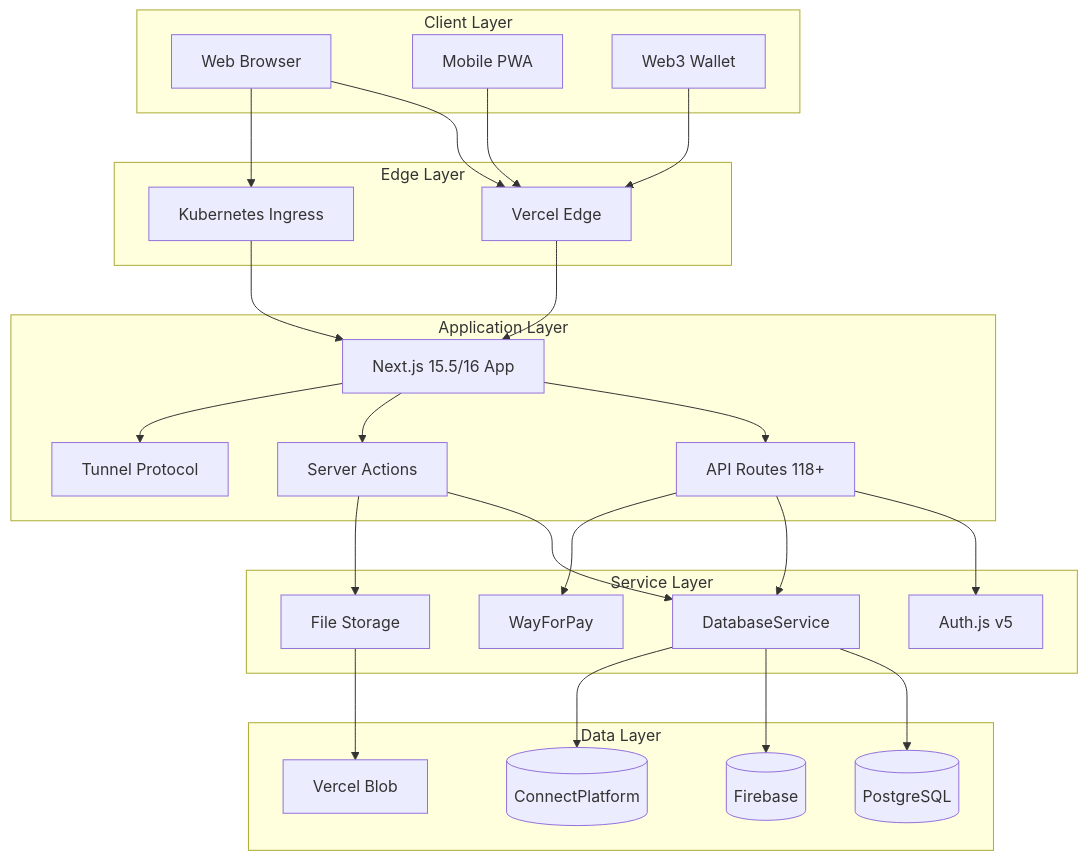
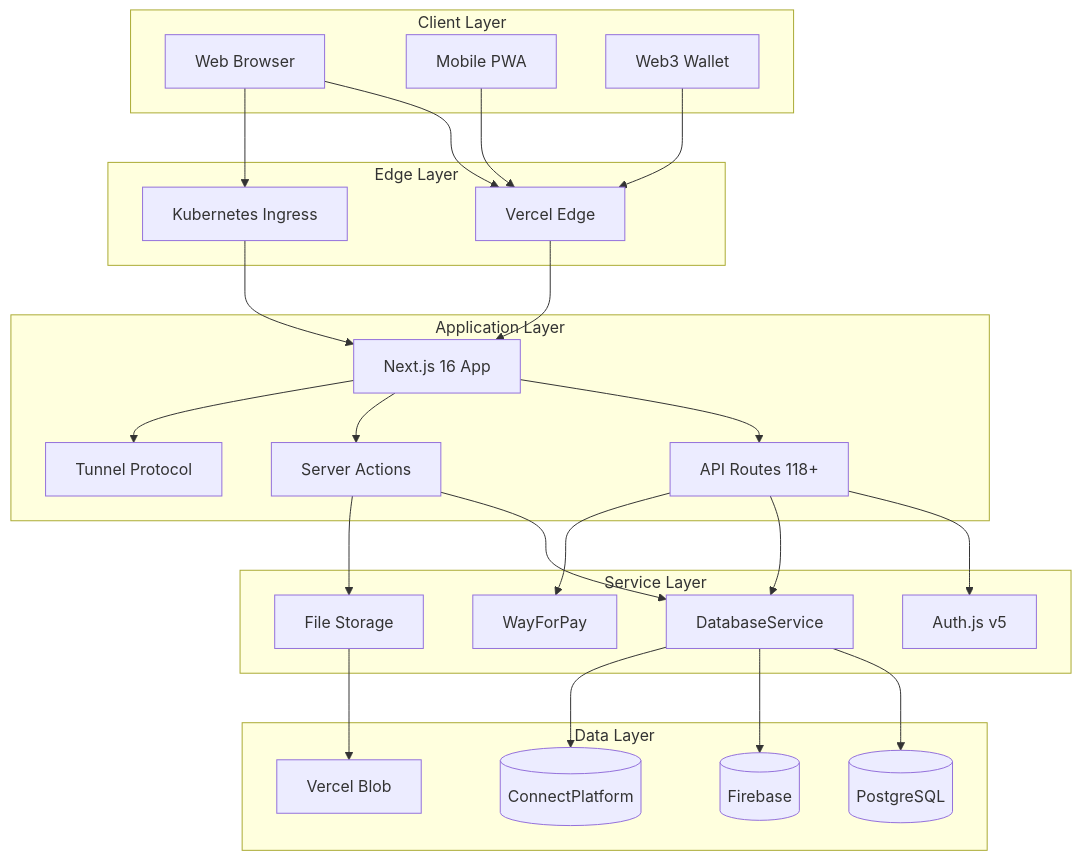
One commit to connectplatform/ring changed the third of 10 diagrams in README.md. Above: the diagram before and after it, drawn with Mermaid. The commit also changed other lines of this file and 211 other files, not shown here.

````diff
--- a/README.md
+++ b/README.md
@@ -252,57 +248,57 @@
 ```mermaid
 flowchart TB
     subgraph Client["Client Layer"]
         WEB[Web Browser]
         MOBILE[Mobile PWA]
         WALLET[Web3 Wallet]
     end
     
     subgraph Edge["Edge Layer"]
         VERCEL[Vercel Edge]
         K8S[Kubernetes Ingress]
     end
     
     subgraph App["Application Layer"]
-        NEXT[Next.js 15.5/16 App]
+        NEXT[Next.js 16 App]
         API[API Routes 118+]
         ACTIONS[Server Actions]
         TUNNEL[Tunnel Protocol]
     end
     
     subgraph Services["Service Layer"]
         AUTH[Auth.js v5]
         DB[DatabaseService]
         PAYMENT[WayForPay]
         STORAGE[File Storage]
     end
     
     subgraph Data["Data Layer"]
         PG[(PostgreSQL)]
         FB[(Firebase)]
         CP[(ConnectPlatform)]
         BLOB[Vercel Blob]
     end
     
     WEB --> VERCEL
     MOBILE --> VERCEL
     WALLET --> VERCEL
     WEB --> K8S
     
     VERCEL --> NEXT
     K8S --> NEXT
     
     NEXT --> API
     NEXT --> ACTIONS
     NEXT --> TUNNEL
     
     API --> AUTH
     API --> DB
     API --> PAYMENT
     ACTIONS --> DB
     ACTIONS --> STORAGE
     
     DB --> PG
     DB --> FB
     DB --> CP
     STORAGE --> BLOB
 ```
````
